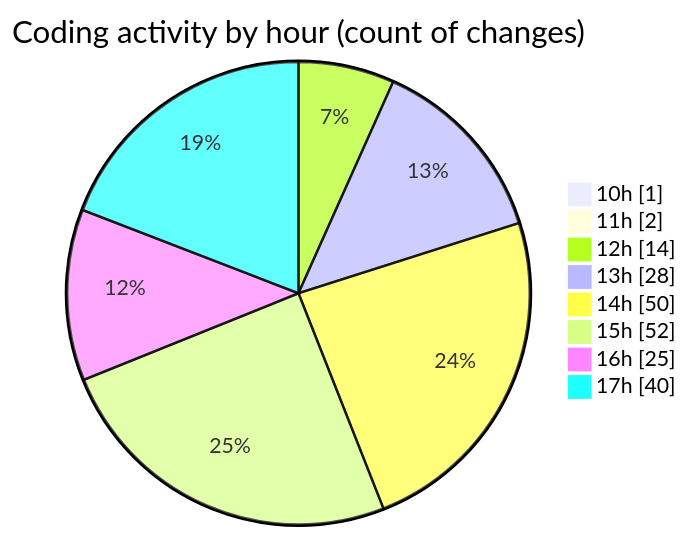
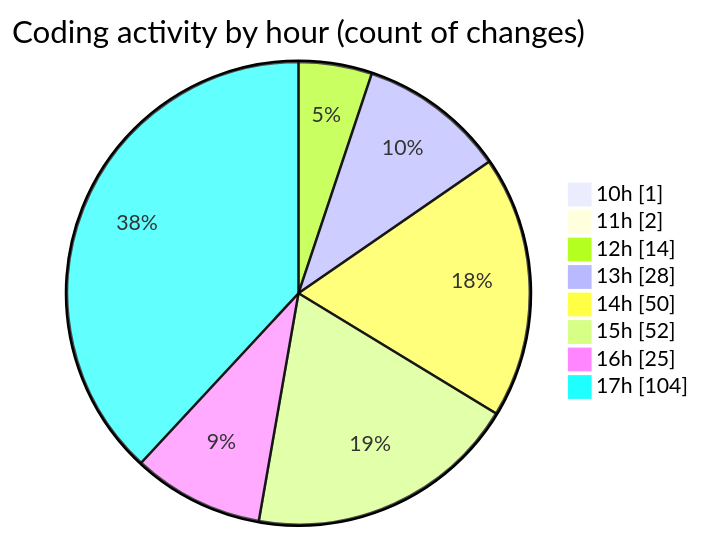
One commit to momahboobian/code-tracking changed the second of 2 diagrams in 2026-11-02/cda/README.md. Above: the diagram before and after it, drawn with Mermaid. The commit also changed other lines of this file and 1 other file, not shown here.

````diff
--- a/2026-11-02/cda/README.md
+++ b/2026-11-02/cda/README.md
@@ -96,12 +96,12 @@
 ```mermaid
 pie showData
 title Coding activity by hour (count of changes)
 "10h" : 1
 "11h" : 2
 "12h" : 14
 "13h" : 28
 "14h" : 50
 "15h" : 52
 "16h" : 25
-"17h" : 40
+"17h" : 104
 ```
````
